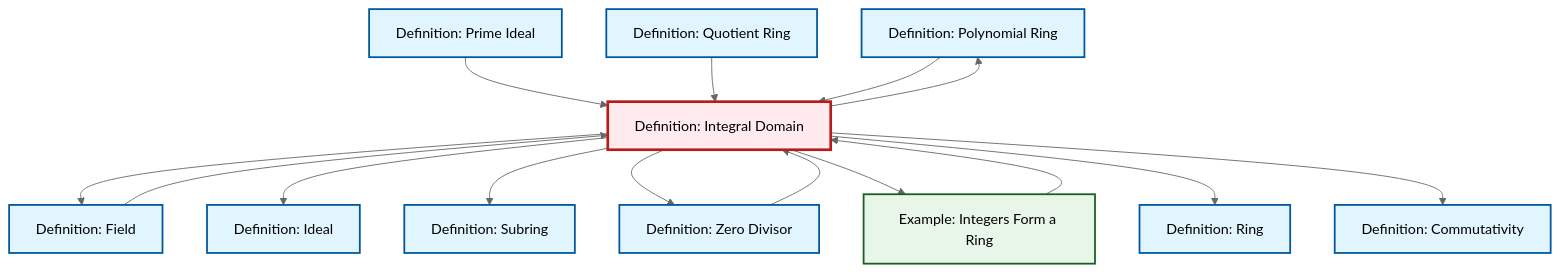
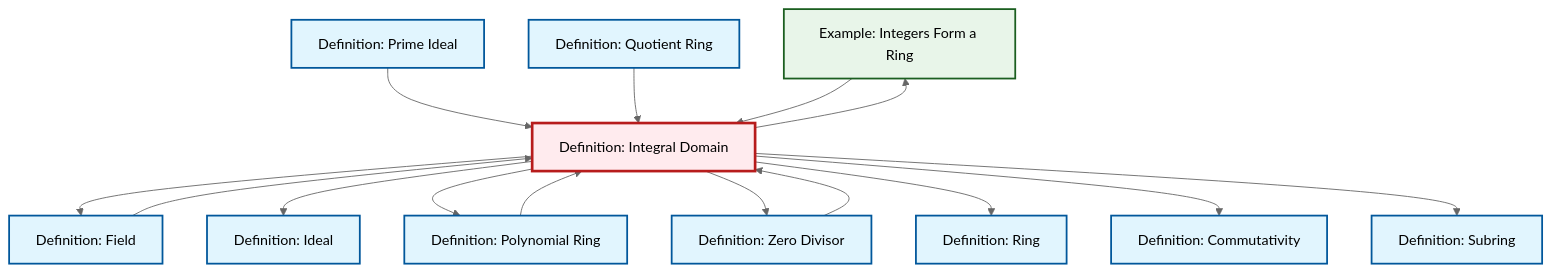
Before and after one commit to RK0429/ModernMath: the diagram in output/mermaid/en/def-integral-domain.mermaid, drawn with Mermaid (neutral theme). The commit also changed other lines of this file and 3102 other files, not shown here.

```diff
--- a/output/mermaid/en/def-integral-domain.mermaid
+++ b/output/mermaid/en/def-integral-domain.mermaid
@@ -1,33 +1,33 @@
 %%| fig-cap: "Local dependency graph"
 graph TD
     classDef definition fill:#e1f5fe,stroke:#01579b,stroke-width:2px
     classDef theorem fill:#f3e5f5,stroke:#4a148c,stroke-width:2px
     classDef axiom fill:#fff3e0,stroke:#e65100,stroke-width:2px
     classDef example fill:#e8f5e9,stroke:#1b5e20,stroke-width:2px
     classDef current fill:#ffebee,stroke:#b71c1c,stroke-width:3px
+    def-commutativity["Definition: Commutativity"]:::definition
+    ex-integers-ring["Example: Integers Form a Ring"]:::example
+    def-polynomial-ring["Definition: Polynomial Ring"]:::definition
     def-ring["Definition: Ring"]:::definition
-    def-polynomial-ring["Definition: Polynomial Ring"]:::definition
     def-subring["Definition: Subring"]:::definition
-    ex-integers-ring["Example: Integers Form a Ring"]:::example
+    def-field["Definition: Field"]:::definition
     def-prime-ideal["Definition: Prime Ideal"]:::definition
-    def-quotient-ring["Definition: Quotient Ring"]:::definition
+    def-ideal["Definition: Ideal"]:::definition
     def-integral-domain["Definition: Integral Domain"]:::definition
     def-zero-divisor["Definition: Zero Divisor"]:::definition
-    def-ideal["Definition: Ideal"]:::definition
-    def-field["Definition: Field"]:::definition
-    def-commutativity["Definition: Commutativity"]:::definition
+    def-quotient-ring["Definition: Quotient Ring"]:::definition
     def-integral-domain --> def-field
+    def-integral-domain --> def-ideal
+    def-integral-domain --> def-polynomial-ring
+    def-integral-domain --> def-zero-divisor
+    def-integral-domain --> ex-integers-ring
+    def-zero-divisor --> def-integral-domain
+    def-integral-domain --> def-ring
+    def-prime-ideal --> def-integral-domain
+    def-quotient-ring --> def-integral-domain
+    def-polynomial-ring --> def-integral-domain
     ex-integers-ring --> def-integral-domain
-    def-prime-ideal --> def-integral-domain
     def-field --> def-integral-domain
-    def-integral-domain --> def-ideal
+    def-integral-domain --> def-commutativity
     def-integral-domain --> def-subring
-    def-integral-domain --> def-zero-divisor
-    def-integral-domain --> def-polynomial-ring
-    def-quotient-ring --> def-integral-domain
-    def-integral-domain --> ex-integers-ring
-    def-integral-domain --> def-ring
-    def-polynomial-ring --> def-integral-domain
-    def-zero-divisor --> def-integral-domain
-    def-integral-domain --> def-commutativity
     class def-integral-domain current
```
